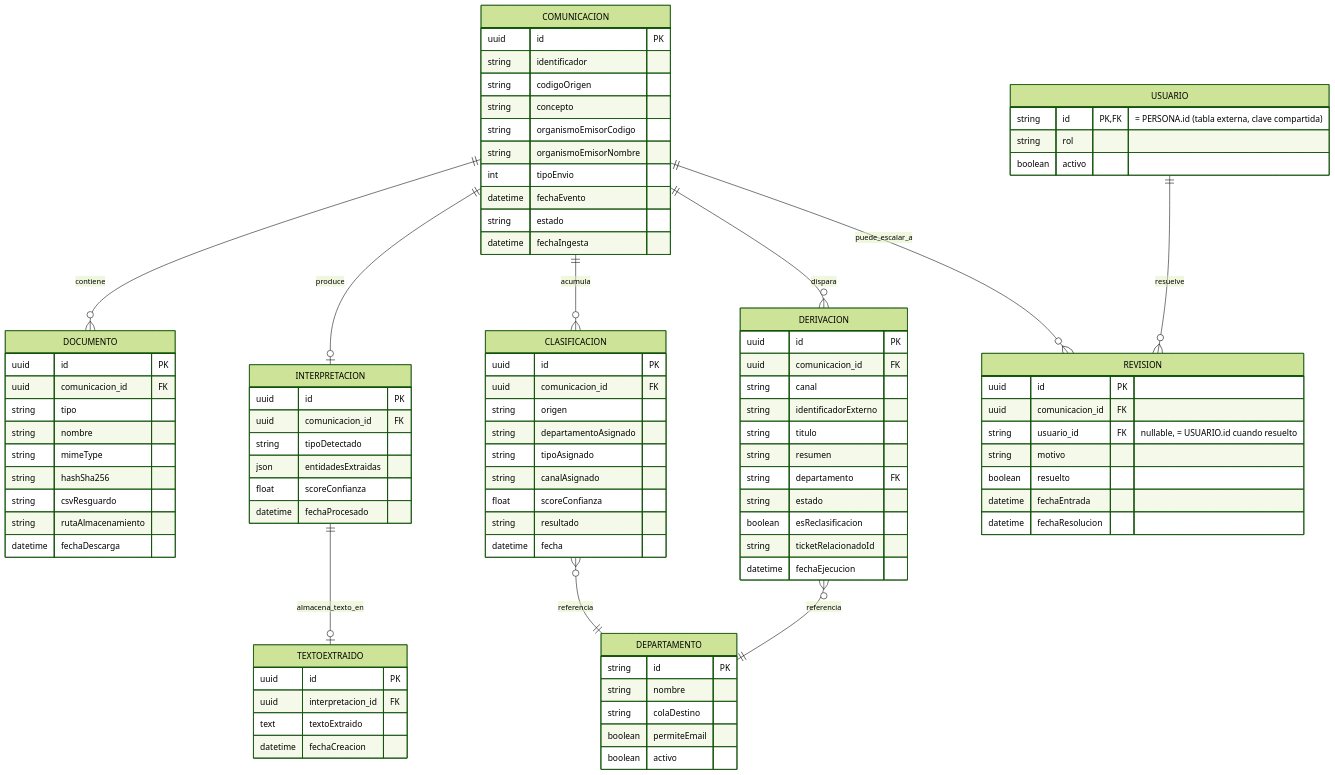
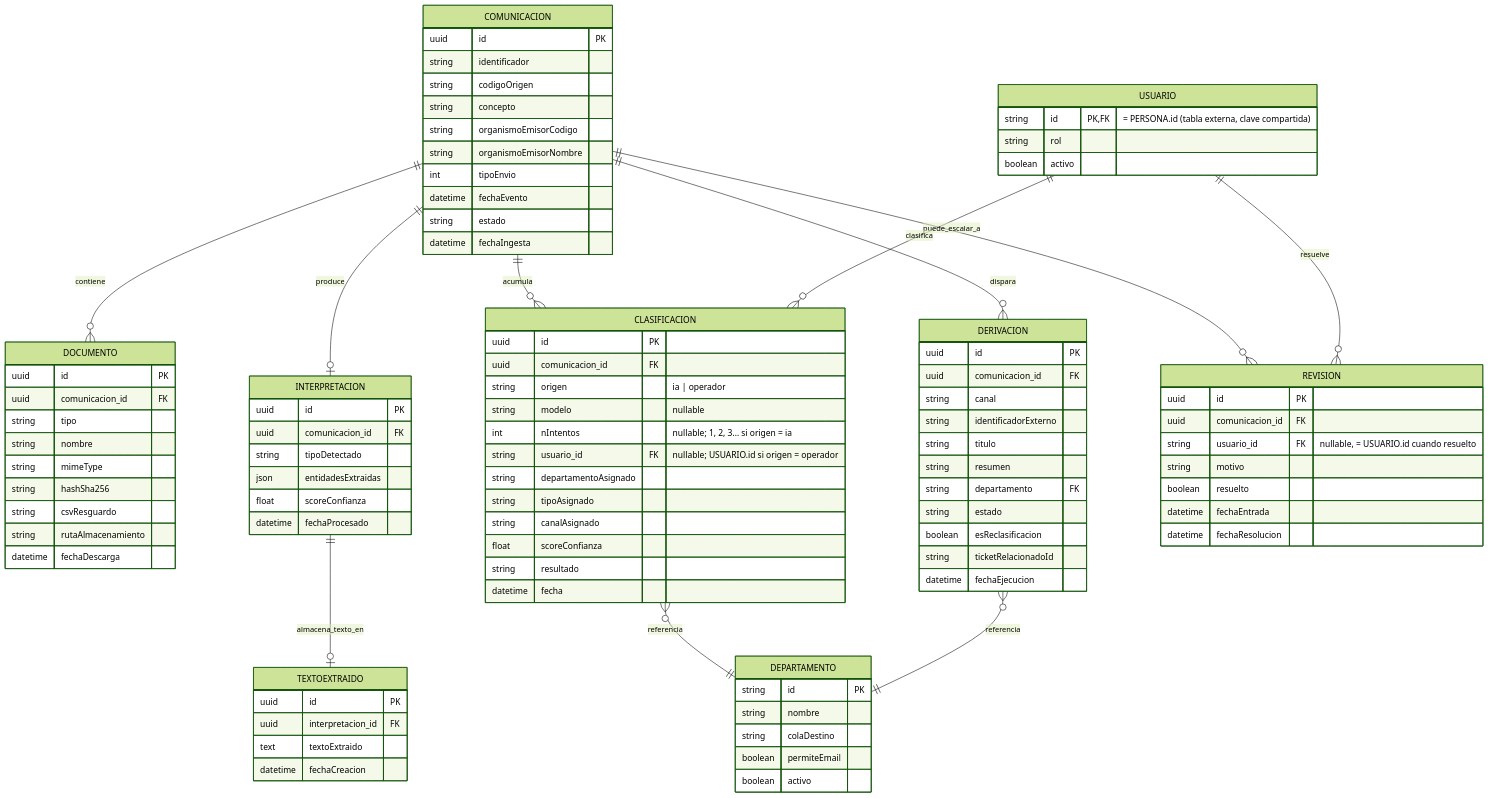
Before and after one commit to XIN917/TFM: the diagram in Diagramas/ER_Explicacion.md, drawn with Mermaid (forest theme). The commit also changed other lines of this file and 2 other files, not shown here.

Commit message:
Fix: update ER Chart

```diff
--- a/Diagramas/ER_Explicacion.md
+++ b/Diagramas/ER_Explicacion.md
@@ -15,6 +15,7 @@
   COMUNICACION ||--o{ DERIVACION : dispara
   COMUNICACION ||--o{ REVISION : puede_escalar_a
   USUARIO ||--o{ REVISION : resuelve
+  USUARIO ||--o{ CLASIFICACION : clasifica
 
   COMUNICACION {
     uuid id PK
@@ -56,7 +57,10 @@
   CLASIFICACION {
     uuid id PK
     uuid comunicacion_id FK
-    string origen
+    string origen "ia | operador"
+    string modelo "nullable"
+    int nIntentos "nullable; 1, 2, 3… si origen = ia"
+    string usuario_id FK "nullable; USUARIO.id si origen = operador"
     string departamentoAsignado
     string tipoAsignado
     string canalAsignado
```
